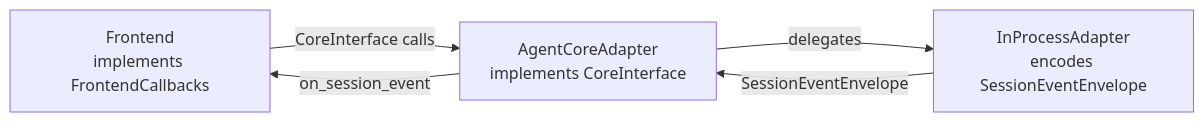
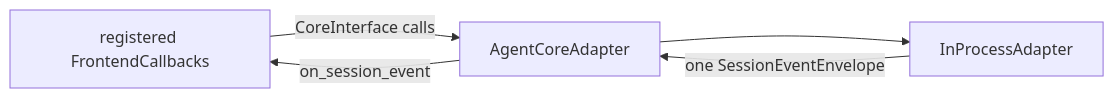
One commit to czh869452912/ccode-win7 changed the diagram in docs/platform/protocol.md. Above: the diagram before and after it, drawn with Mermaid. The commit also changed other lines of this file and 42 other files, not shown here.

Commit message:
docs: converge current architecture authorities

````diff
--- a/docs/platform/protocol.md
+++ b/docs/platform/protocol.md
@@ -56,11 +45,7 @@
 ```mermaid
 flowchart LR
-    Frontend["Frontend<br/>implements FrontendCallbacks"]
-    Adapter["AgentCoreAdapter<br/>implements CoreInterface"]
-    Host["InProcessAdapter<br/>encodes SessionEventEnvelope"]
-
-    Frontend -->|CoreInterface calls| Adapter
-    Adapter -->|delegates| Host
-    Host -->|SessionEventEnvelope| Adapter
-    Adapter -->|on_session_event| Frontend
+    UI["registered FrontendCallbacks"] -->|CoreInterface calls| A["AgentCoreAdapter"]
+    A --> H["InProcessAdapter"]
+    H -->|one SessionEventEnvelope| A
+    A -->|on_session_event| UI
 ```
````
